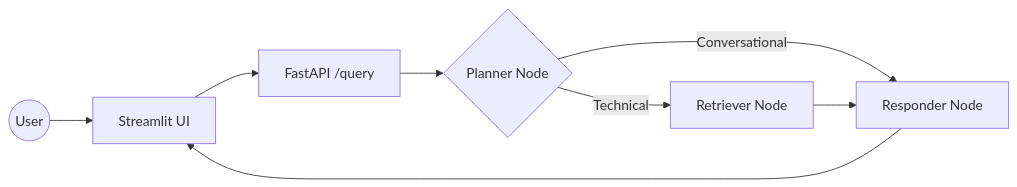
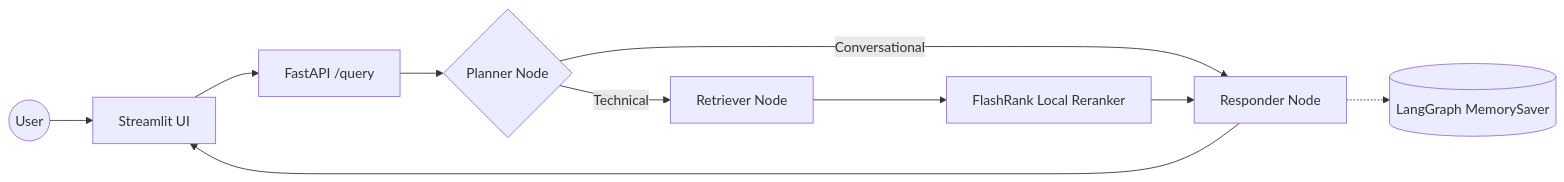
Before and after one commit to krunalp1908/Build-Production-Grade-RAG---Application: the diagram in README.md, drawn with Mermaid. The commit also changed other lines of this file and 125 other files, not shown here.

````diff
--- a/README.md
+++ b/README.md
@@ -24,10 +33,12 @@
 ```mermaid
 graph LR
     User((User)) --> UI[Streamlit UI]
     UI --> API[FastAPI /query]
     API --> Planner{Planner Node}
     Planner -->|Conversational| Responder[Responder Node]
     Planner -->|Technical| Retriever[Retriever Node]
-    Retriever --> Responder
+    Retriever --> Reranker[FlashRank Local Reranker]
+    Reranker --> Responder
     Responder --> UI
+    Responder -.-> Memory[(LangGraph MemorySaver)]
 ```
````
